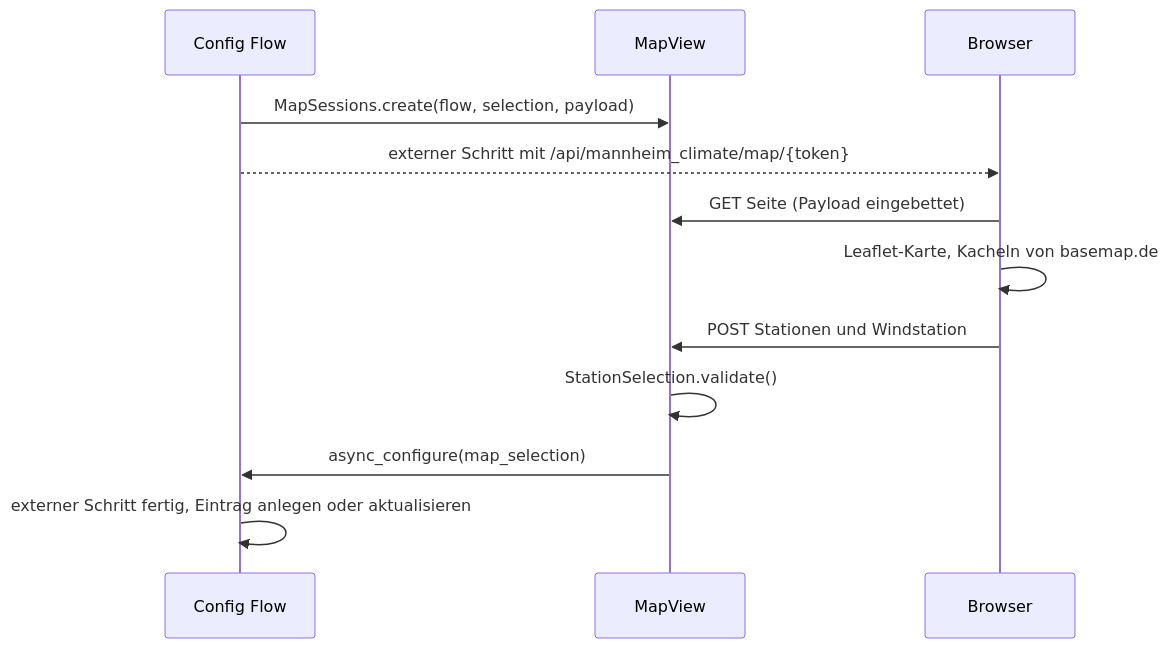
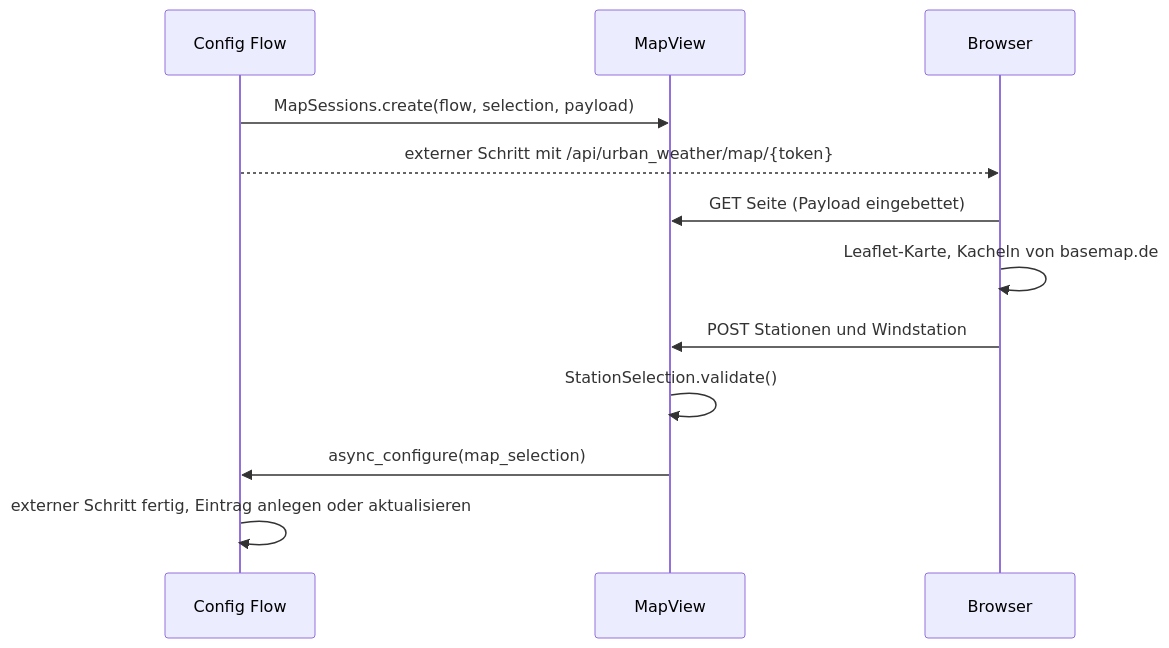
Before and after one commit to CodeBrauer/ha-urban-weather: the third of 3 diagrams in docs/de/developer/architecture.md, drawn with Mermaid. The commit also changed other lines of this file and 81 other files, not shown here.

First line of the commit message:
refactor!: rename the integration domain to urban_weather

````diff
--- a/docs/de/developer/architecture.md
+++ b/docs/de/developer/architecture.md
@@ -94,14 +94,14 @@
 ```mermaid
 sequenceDiagram
     participant Flow as Config Flow
     participant Map as MapView
     participant Browser
     Flow->>Map: MapSessions.create(flow, selection, payload)
-    Flow-->>Browser: externer Schritt mit /api/mannheim_climate/map/{token}
+    Flow-->>Browser: externer Schritt mit /api/urban_weather/map/{token}
     Browser->>Map: GET Seite (Payload eingebettet)
     Browser->>Browser: Leaflet-Karte, Kacheln von basemap.de
     Browser->>Map: POST Stationen und Windstation
     Map->>Map: StationSelection.validate()
     Map->>Flow: async_configure(map_selection)
     Flow->>Flow: externer Schritt fertig, Eintrag anlegen oder aktualisieren
 ```
````
